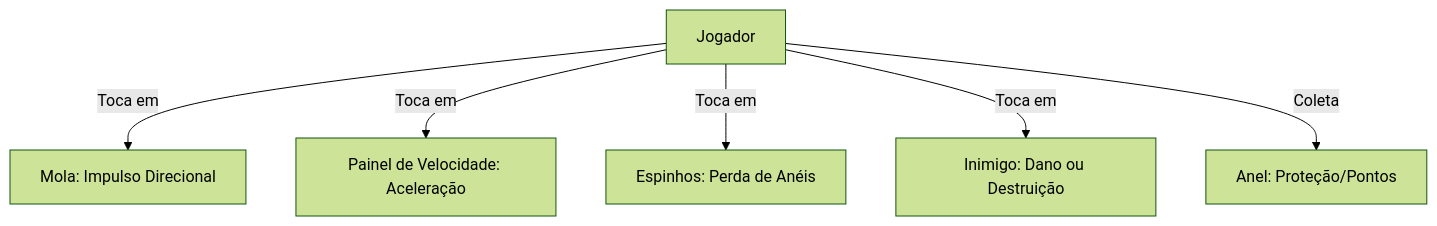
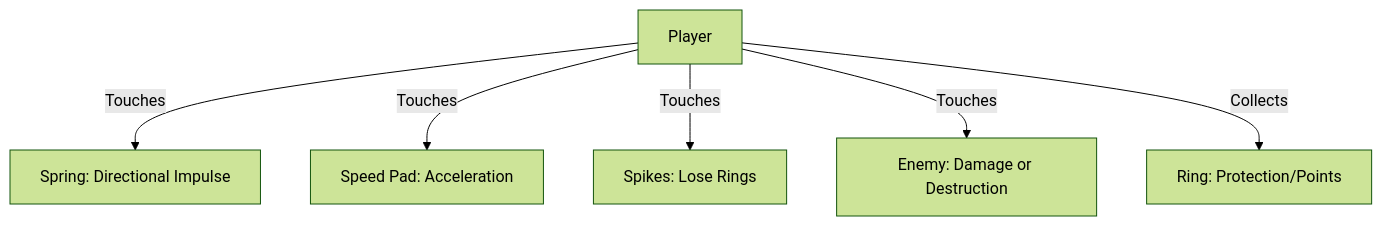
One commit to ricardoborges/pacoca changed the diagram in docs/platform_kit.md. Above: the diagram before and after it, drawn with Mermaid (forest theme). The commit also changed other lines of this file and 6 other files, not shown here.

````diff
--- a/docs/platform_kit.md
+++ b/docs/platform_kit.md
@@ -64,8 +64,8 @@
 ```mermaid
 graph TD
-    Player[Jogador] -->|Toca em| Spring[Mola: Impulso Direcional]
-    Player -->|Toca em| DashPad[Painel de Velocidade: Aceleração]
-    Player -->|Toca em| Spikes[Espinhos: Perda de Anéis]
-    Player -->|Toca em| Enemy[Inimigo: Dano ou Destruição]
-    Player -->|Coleta| Ring[Anel: Proteção/Pontos]
+    Player[Player] -->|Touches| Spring[Spring: Directional Impulse]
+    Player -->|Touches| DashPad[Speed Pad: Acceleration]
+    Player -->|Touches| Spikes[Spikes: Lose Rings]
+    Player -->|Touches| Enemy[Enemy: Damage or Destruction]
+    Player -->|Collects| Ring[Ring: Protection/Points]
 ```
````
